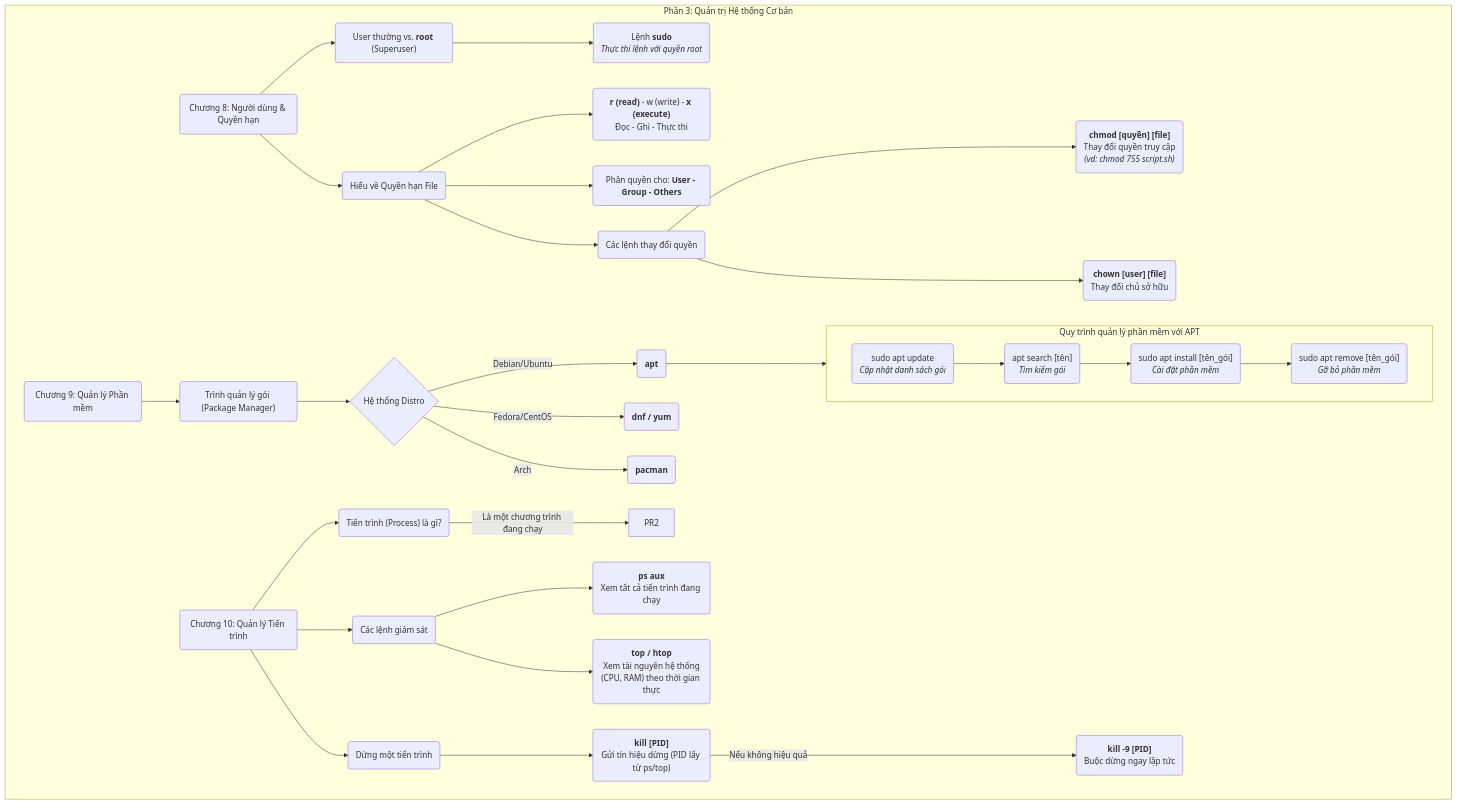
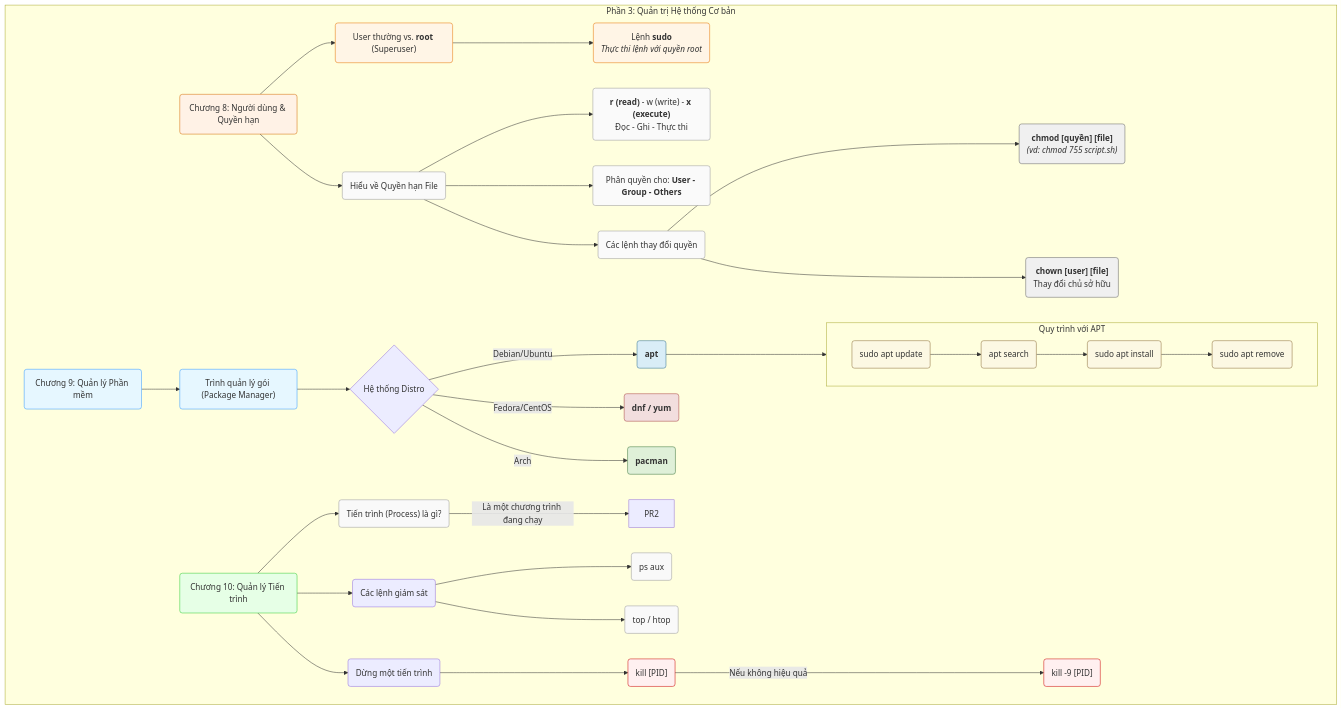
One commit to ngockhanhvd2812/DBA changed the fourth of 5 diagrams in linux.md. Above: the diagram before and after it, drawn with Mermaid. The commit also changed other lines of this file, not shown here.

````diff
--- a/linux.md
+++ b/linux.md
@@ -102,44 +199,71 @@
 ```mermaid
 flowchart TD
     subgraph "Phần 3: Quản trị Hệ thống Cơ bản"
         %% Chapters
         C8("Chương 8: Người dùng & Quyền hạn")
         C9("Chương 9: Quản lý Phần mềm")
         C10("Chương 10: Quản lý Tiến trình")
 
         %% Chapter 8 Details
         C8 --> U1("User thường vs. <b>root</b> (Superuser)")
         U1 --> U2("Lệnh <b>sudo</b><br/><i>Thực thi lệnh với quyền root</i>")
         C8 --> P1("Hiểu về Quyền hạn File")
         P1 --> P2("<b>r (read)</b> - w (write) - <b>x (execute)</b><br/>Đọc - Ghi - Thực thi")
         P1 --> P3("Phân quyền cho: <b>User - Group - Others</b>")
         P1 --> P4("Các lệnh thay đổi quyền")
-            P4 --> P4a("<b>chmod [quyền] [file]</b><br/>Thay đổi quyền truy cập<br/><i>(vd: chmod 755 script.sh)</i>")
+            P4 --> P4a("<b>chmod [quyền] [file]</b><br/><i>(vd: chmod 755 script.sh)</i>")
             P4 --> P4b("<b>chown [user] [file]</b><br/>Thay đổi chủ sở hữu")
 
         %% Chapter 9 Details
         C9 --> PM1("Trình quản lý gói (Package Manager)")
         PM1 --> PM2{Hệ thống Distro}
             PM2 -- Debian/Ubuntu --> APT("<b>apt</b>")
             PM2 -- Fedora/CentOS --> DNF("<b>dnf / yum</b>")
             PM2 -- Arch --> PACMAN("<b>pacman</b>")
-        
+
         APT --> APT_Flow
-        subgraph APT_Flow [Quy trình quản lý phần mềm với APT]
+        subgraph APT_Flow [Quy trình với APT]
             direction LR
-            A1("sudo apt update<br/><i>Cập nhật danh sách gói</i>") --> A2("apt search [tên]<br/><i>Tìm kiếm gói</i>")
-            A2 --> A3("sudo apt install [tên_gói]<br/><i>Cài đặt phần mềm</i>")
-            A3 --> A4("sudo apt remove [tên_gói]<br/><i>Gỡ bỏ phần mềm</i>")
+            A1("sudo apt update") --> A2("apt search")
+            A2 --> A3("sudo apt install")
+            A3 --> A4("sudo apt remove")
         end
-        
+
         %% Chapter 10 Details
         C10 --> PR1("Tiến trình (Process) là gì?")
         PR1 -- "Là một chương trình đang chạy" --> PR2
         C10 --> PR3("Các lệnh giám sát")
-            PR3 --> PR3a("<b>ps aux</b><br/>Xem tất cả tiến trình đang chạy")
-            PR3 --> PR3b("<b>top / htop</b><br/>Xem tài nguyên hệ thống<br/>(CPU, RAM) theo thời gian thực")
+            PR3 --> PR3a("ps aux")
+            PR3 --> PR3b("top / htop")
         C10 --> PR4("Dừng một tiến trình")
-            PR4 --> PR4a("<b>kill [PID]</b><br/>Gửi tín hiệu dừng (PID lấy từ ps/top)")
-            PR4a -- "Nếu không hiệu quả" --> PR4b("<b>kill -9 [PID]</b><br/>Buộc dừng ngay lập tức")
+            PR4 --> PR4a("kill [PID]")
+            PR4a -- "Nếu không hiệu quả" --> PR4b("kill -9 [PID]")
     end
+
+    %% Styles
+    style C8 fill:#fff2e6,stroke:#d46b00
+    style C9 fill:#e6f7ff,stroke:#3399ff
+    style C10 fill:#e6ffe6,stroke:#33cc33
+    style U1 fill:#fff5e6,stroke:#e67300
+    style U2 fill:#fff5e6,stroke:#e67300
+    style P1 fill:#fafafa,stroke:#999
+    style P2 fill:#fafafa,stroke:#999
+    style P3 fill:#fafafa,stroke:#999
+    style P4 fill:#fafafa,stroke:#999
+    style P4a fill:#f0f0f0,stroke:#666
+    style P4b fill:#f0f0f0,stroke:#666
+    style PM1 fill:#e6f7ff,stroke:#3399ff
+    style APT fill:#d9edf7,stroke:#31708f
+    style DNF fill:#f2dede,stroke:#a94442
+    style PACMAN fill:#dff0d8,stroke:#3c763d
+    style A1 fill:#fcf8e3,stroke:#8a6d3b
+    style A2 fill:#fcf8e3,stroke:#8a6d3b
+    style A3 fill:#fcf8e3,stroke:#8a6d3b
+    style A4 fill:#fcf8e3,stroke:#8a6d3b
+    style PR1 fill:#f9f9f9,stroke:#999
+    style PR3a fill:#f9f9f9,stroke:#999
+    style PR3b fill:#f9f9f9,stroke:#999
+    style PR4a fill:#fff0f0,stroke:#c00
+    style PR4b fill:#fff0f0,stroke:#c00
+
 ``` 
````
